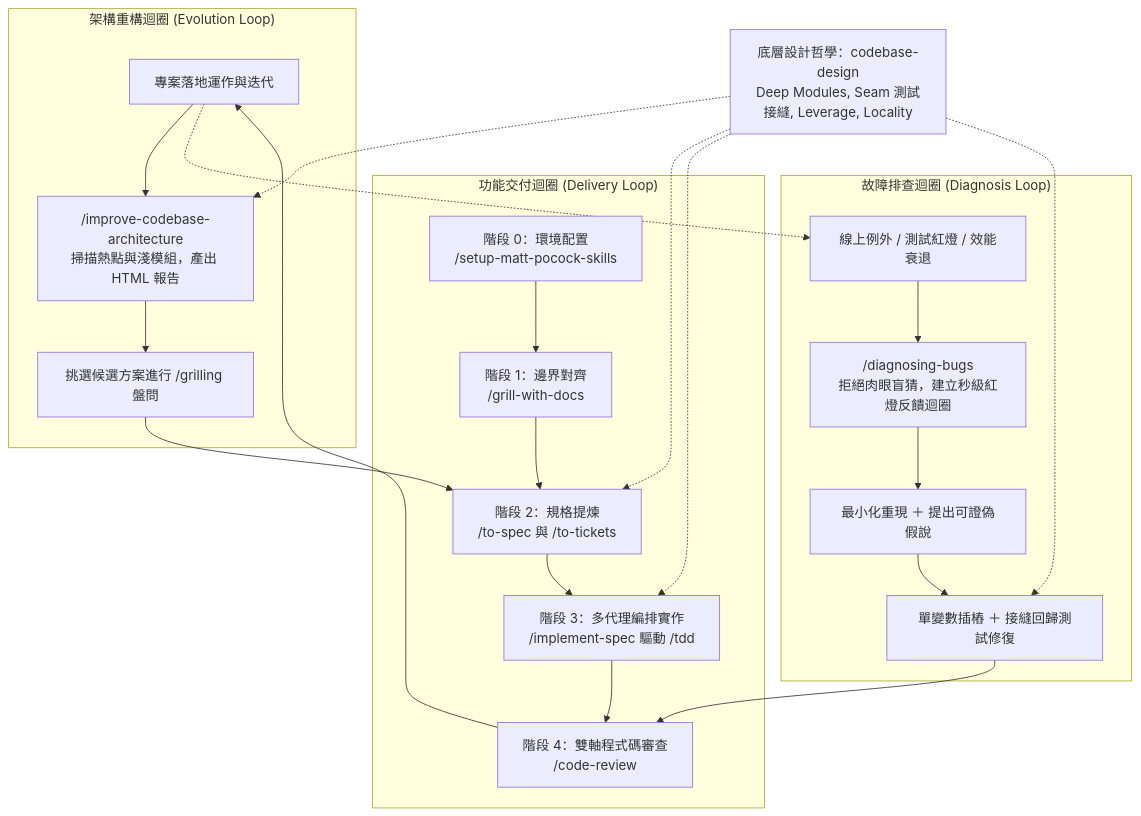
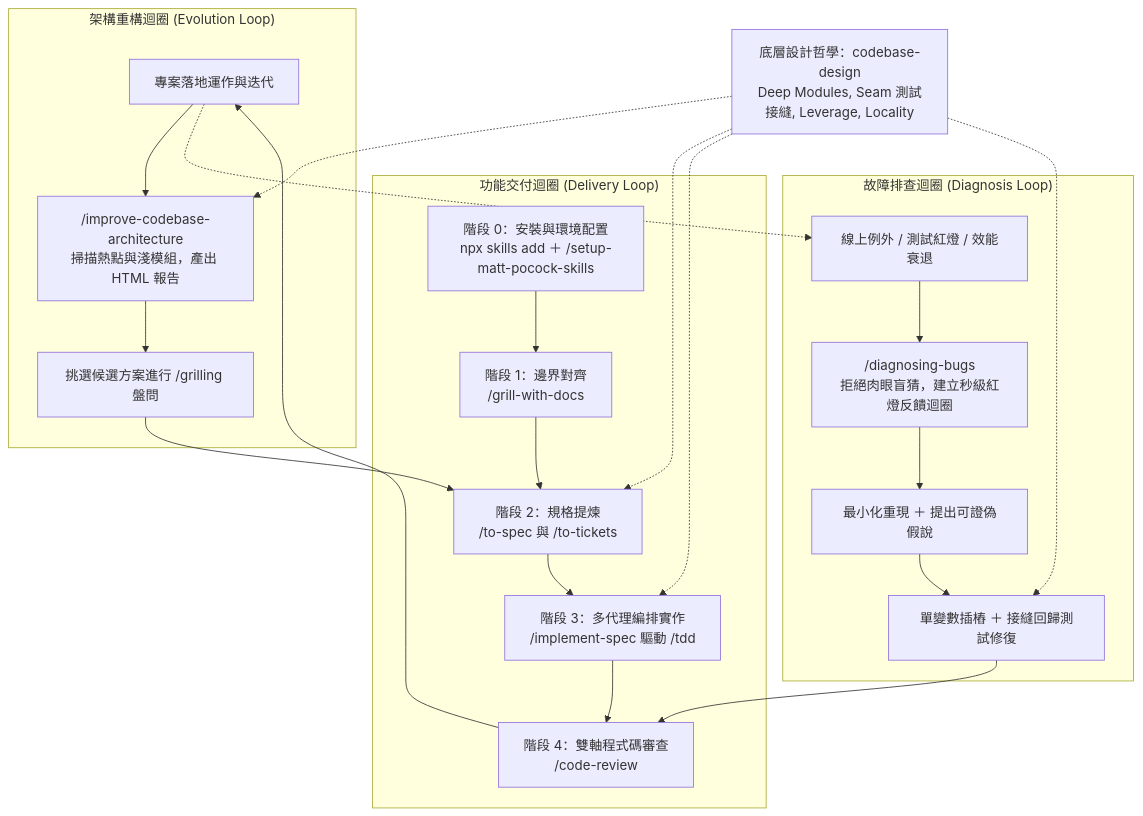
The first of 2 diagrams in AI.SDD/Lab.Matt-Pocock/blog-matt-pocock-skills-workflow.md (yaochangyu/sample.dotblog), drawn with Mermaid before and after one commit. The commit also changed other lines of this file, not shown here.

Commit message:
docs: add skill installation guide using npx skills add and renumber workflow steps

````diff
--- a/AI.SDD/Lab.Matt-Pocock/blog-matt-pocock-skills-workflow.md
+++ b/AI.SDD/Lab.Matt-Pocock/blog-matt-pocock-skills-workflow.md
@@ -31,30 +31,30 @@
 ```mermaid
 flowchart TD
     subgraph ArchLoop ["架構重構迴圈 (Evolution Loop)"]
         R0["專案落地運作與迭代"] --> R1["/improve-codebase-architecture<br>掃描熱點與淺模組，產出 HTML 報告"]
         R1 --> R2["挑選候選方案進行 /grilling 盤問"]
     end
 
     subgraph DiagLoop ["故障排查迴圈 (Diagnosis Loop)"]
         D0["線上例外 / 測試紅燈 / 效能衰退"] --> D1["/diagnosing-bugs<br>拒絕肉眼盲猜，建立秒級紅燈反饋迴圈"]
         D1 --> D2["最小化重現 ＋ 提出可證偽假說"]
         D2 --> D3["單變數插樁 ＋ 接縫回歸測試修復"]
     end
 
     subgraph DeliveryLoop ["功能交付迴圈 (Delivery Loop)"]
-        F0["階段 0：環境配置<br>/setup-matt-pocock-skills"] --> F1["階段 1：邊界對齊<br>/grill-with-docs"]
+        F0["階段 0：安裝與環境配置<br>npx skills add ＋ /setup-matt-pocock-skills"] --> F1["階段 1：邊界對齊<br>/grill-with-docs"]
         F1 --> F2["階段 2：規格提煉<br>/to-spec 與 /to-tickets"]
         F2 --> F3["階段 3：多代理編排實作<br>/implement-spec 驅動 /tdd"]
         F3 --> F4["階段 4：雙軸程式碼審查<br>/code-review"]
     end
 
     R2 --> F2
     D3 --> F4
     F4 --> R0
     R0 -.-> D0
 
     G["底層設計哲學：codebase-design<br>Deep Modules, Seam 測試接縫, Leverage, Locality"] -.-> F2
     G -.-> F3
     G -.-> R1
     G -.-> D3
 ```
````
